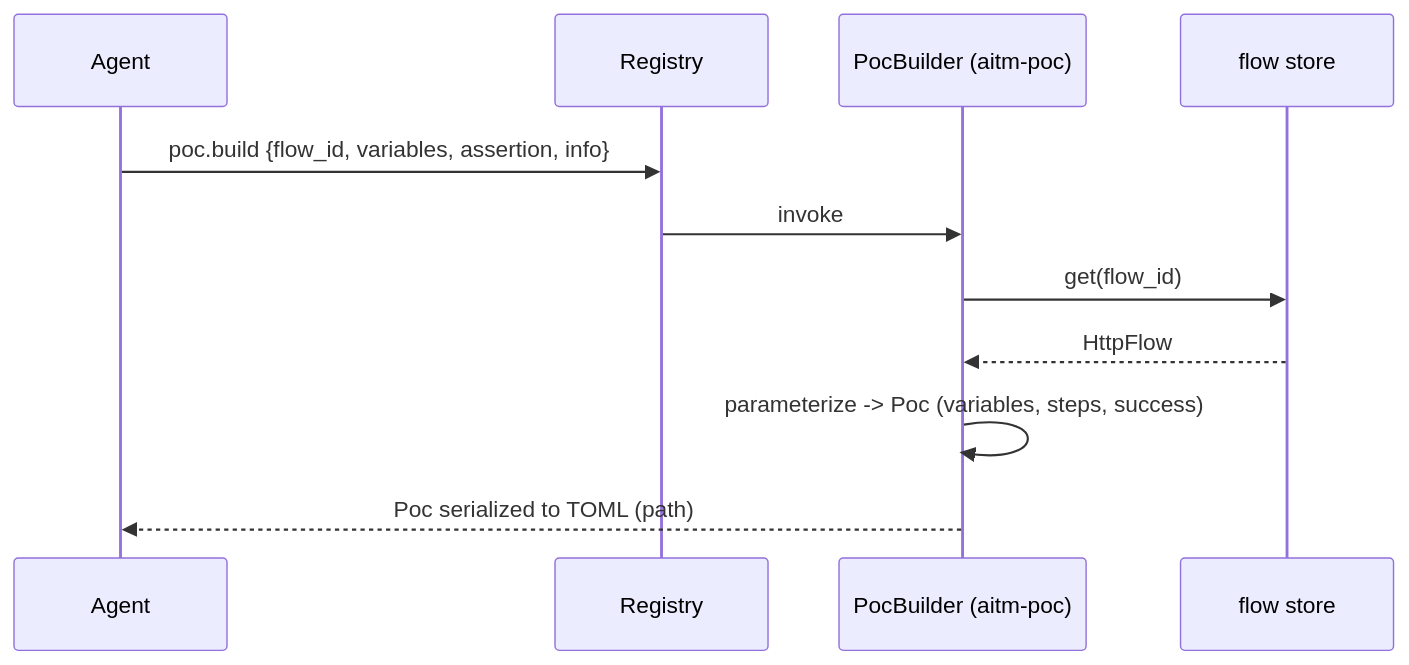
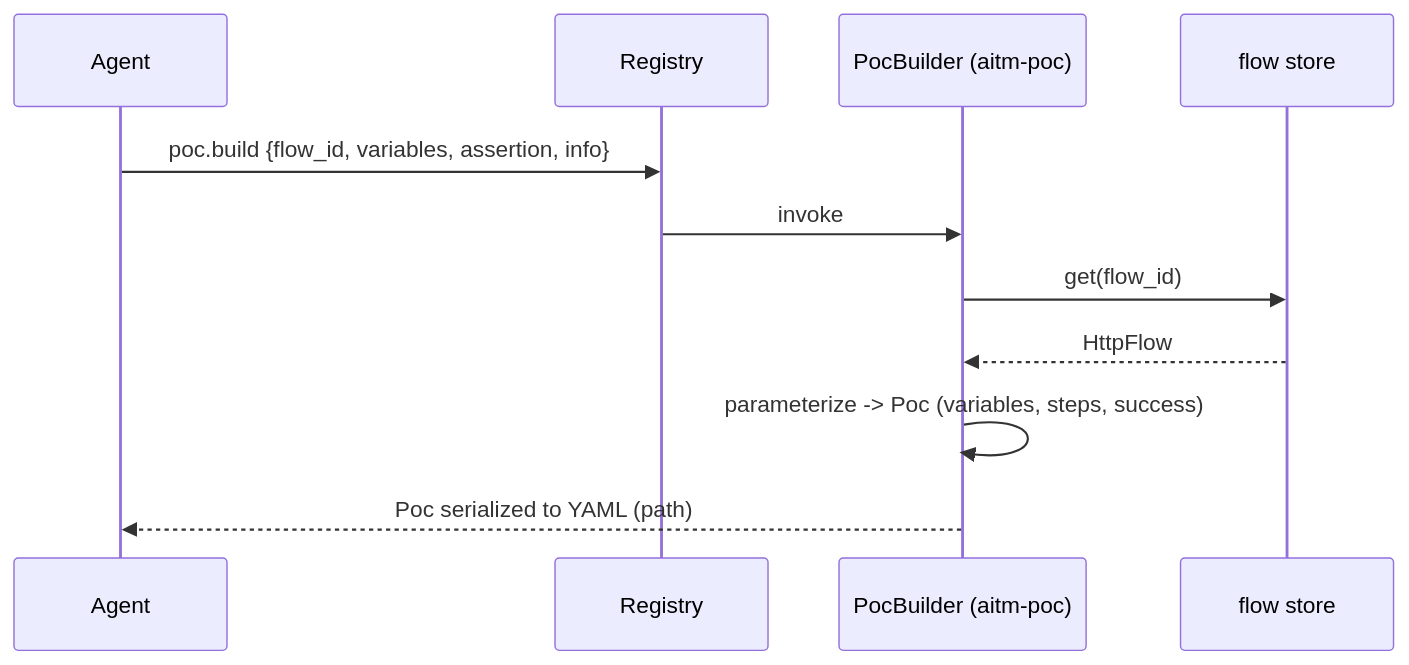
One commit to mrbrutti/aitmproxy changed the sixth of 10 diagrams in docs/superpowers/specs/2026-10-27-aitmproxy-platform-design.md. Above: the diagram before and after it, drawn with Mermaid. The commit also changed other lines of this file and 2 other files, not shown here.

Commit message:
Specs: plugin-system + PoC-language companions; reconcile platform to YAML + two-tier plugins

````diff
--- a/docs/superpowers/specs/2026-10-27-aitmproxy-platform-design.md
+++ b/docs/superpowers/specs/2026-10-27-aitmproxy-platform-design.md
@@ -1200,13 +1208,13 @@
 ```mermaid
 sequenceDiagram
   participant A as Agent
   participant R as Registry
   participant B as PocBuilder (aitm-poc)
   participant S as flow store
   A->>R: poc.build {flow_id, variables, assertion, info}
   R->>B: invoke
   B->>S: get(flow_id)
   S-->>B: HttpFlow
   B->>B: parameterize -> Poc (variables, steps, success)
-  B-->>A: Poc serialized to TOML (path)
+  B-->>A: Poc serialized to YAML (path)
 ```
````
